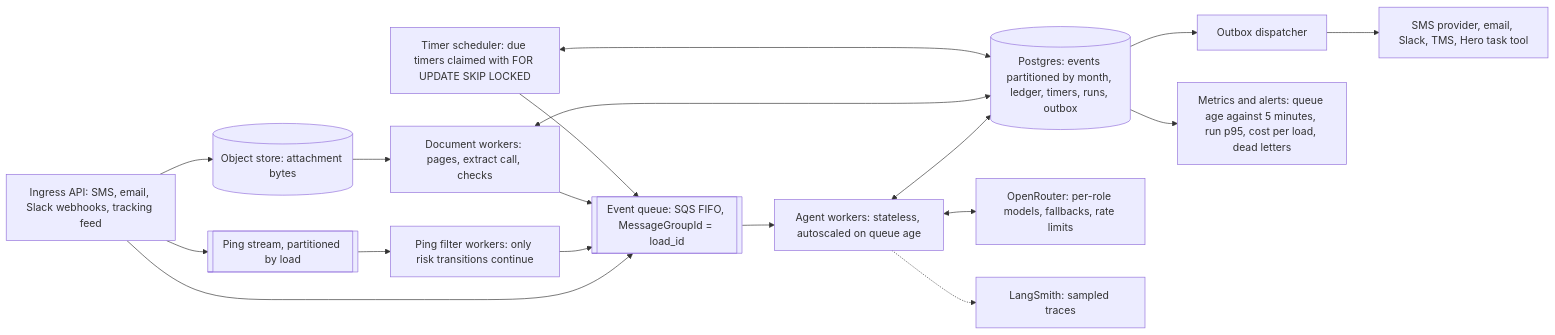
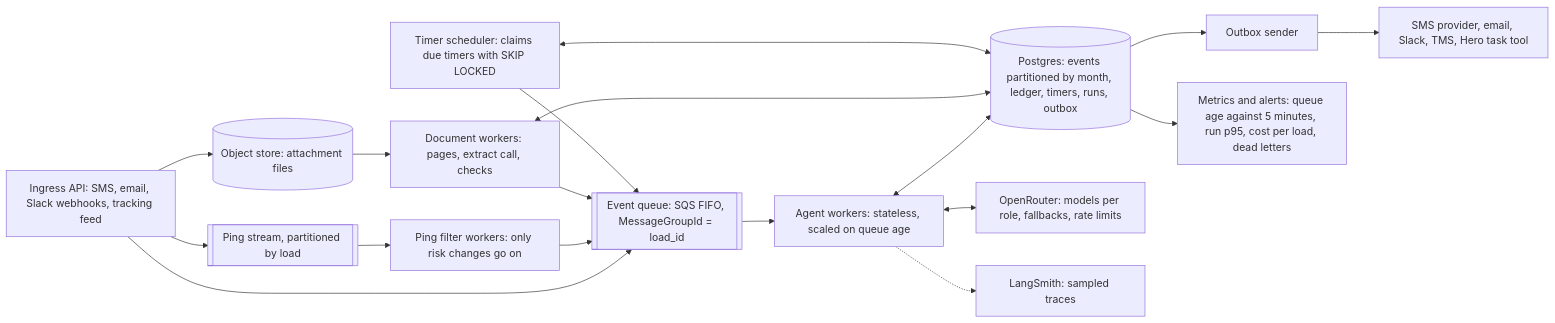
One commit to pedrocwb/freight-hero-assessment changed diagram 11 of 11 in docs/architecture.md. Above: the diagram before and after it, drawn with Mermaid. The commit also changed other lines of this file and 1 other file, not shown here.

First line of the commit message:
Rewrite the answers and the architecture in plain language

````diff
--- a/docs/architecture.md
+++ b/docs/architecture.md
@@ -393,20 +408,20 @@
 ```mermaid
 flowchart LR
   webhooks["Ingress API: SMS, email, Slack webhooks, tracking feed"] --> pingstream[["Ping stream, partitioned by load"]]
-  pingstream --> pingworker["Ping filter workers: only risk transitions continue"]
+  pingstream --> pingworker["Ping filter workers: only risk changes go on"]
   webhooks --> queue[["Event queue: SQS FIFO, MessageGroupId = load_id"]]
   pingworker --> queue
-  webhooks --> objects[("Object store: attachment bytes")]
+  webhooks --> objects[("Object store: attachment files")]
   objects --> docworkers["Document workers: pages, extract call, checks"]
   docworkers --> queue
-  scheduler["Timer scheduler: due timers claimed with FOR UPDATE SKIP LOCKED"] --> queue
-  queue --> workers["Agent workers: stateless, autoscaled on queue age"]
+  scheduler["Timer scheduler: claims due timers with SKIP LOCKED"] --> queue
+  queue --> workers["Agent workers: stateless, scaled on queue age"]
   workers <--> pg[("Postgres: events partitioned by month, ledger, timers, runs, outbox")]
   docworkers <--> pg
   scheduler <--> pg
-  workers <--> models["OpenRouter: per-role models, fallbacks, rate limits"]
+  workers <--> models["OpenRouter: models per role, fallbacks, rate limits"]
   workers -.-> traces["LangSmith: sampled traces"]
-  pg --> dispatcher["Outbox dispatcher"]
+  pg --> dispatcher["Outbox sender"]
   dispatcher --> integrations["SMS provider, email, Slack, TMS, Hero task tool"]
   pg --> metrics["Metrics and alerts: queue age against 5 minutes, run p95, cost per load, dead letters"]
 ```
````
